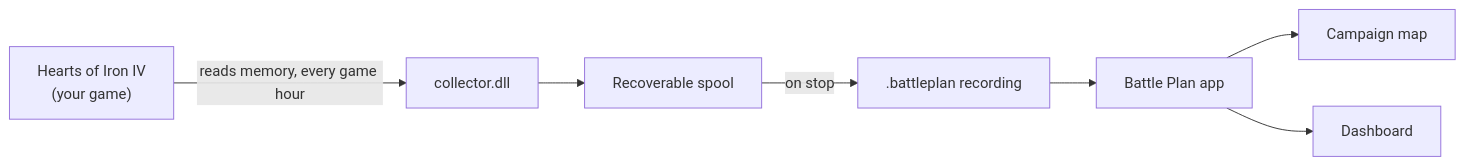
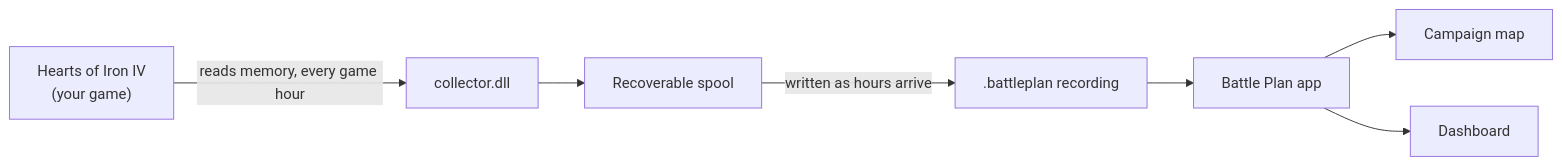
Before and after one commit to Simcity400/Battle-Plan: the diagram in README.md, drawn with Mermaid. The commit also changed other lines of this file, not shown here.

````diff
--- a/README.md
+++ b/README.md
@@ -46,9 +46,9 @@
 ```mermaid
 flowchart LR
     game["Hearts of Iron IV<br/>(your game)"] -->|reads memory, every game hour| collector["collector.dll"]
     collector --> spool["Recoverable spool"]
-    spool -->|on stop| file[".battleplan recording"]
+    spool -->|written as hours arrive| file[".battleplan recording"]
     file --> app["Battle Plan app"]
     app --> map["Campaign map"]
     app --> dash["Dashboard"]
 ```
````
